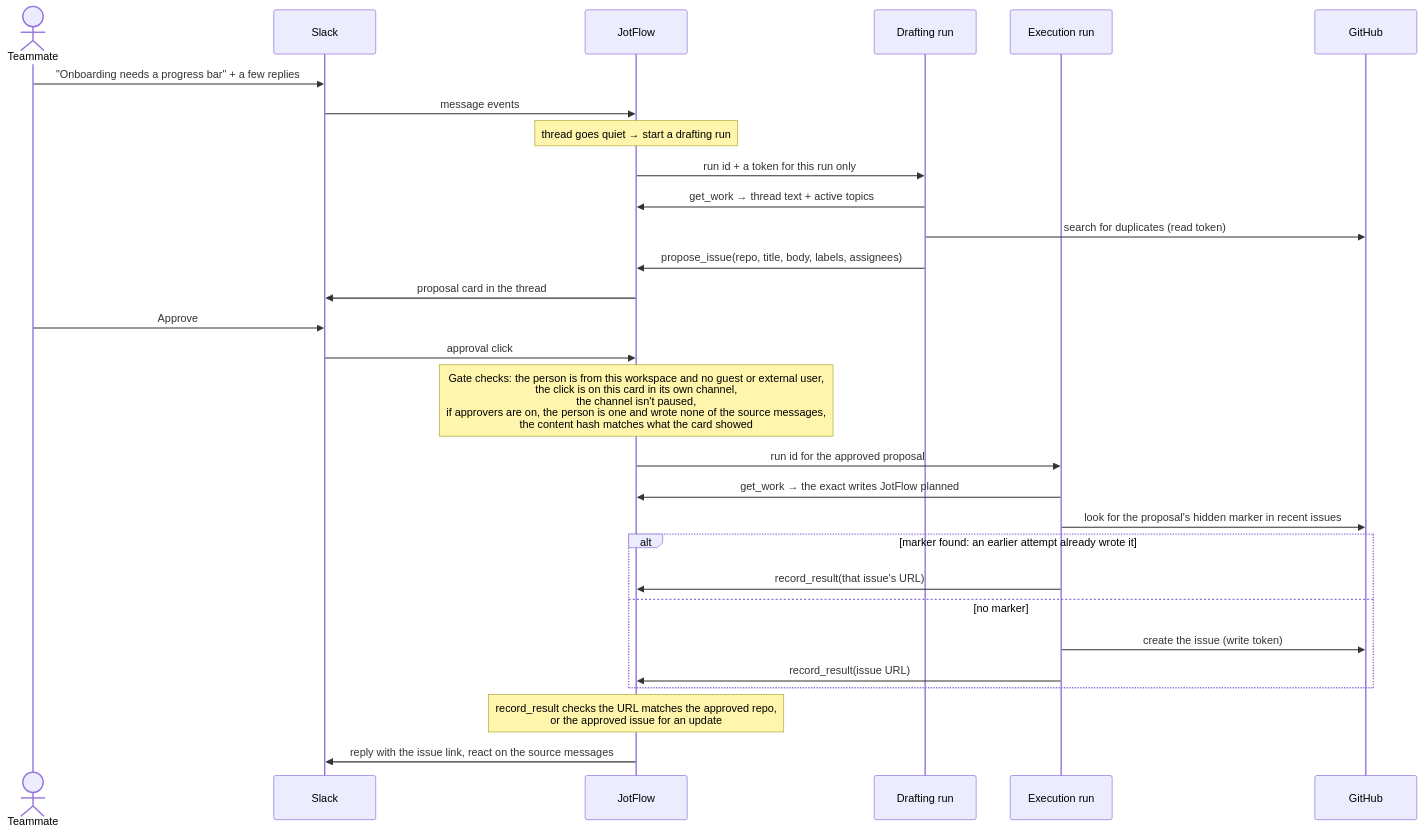
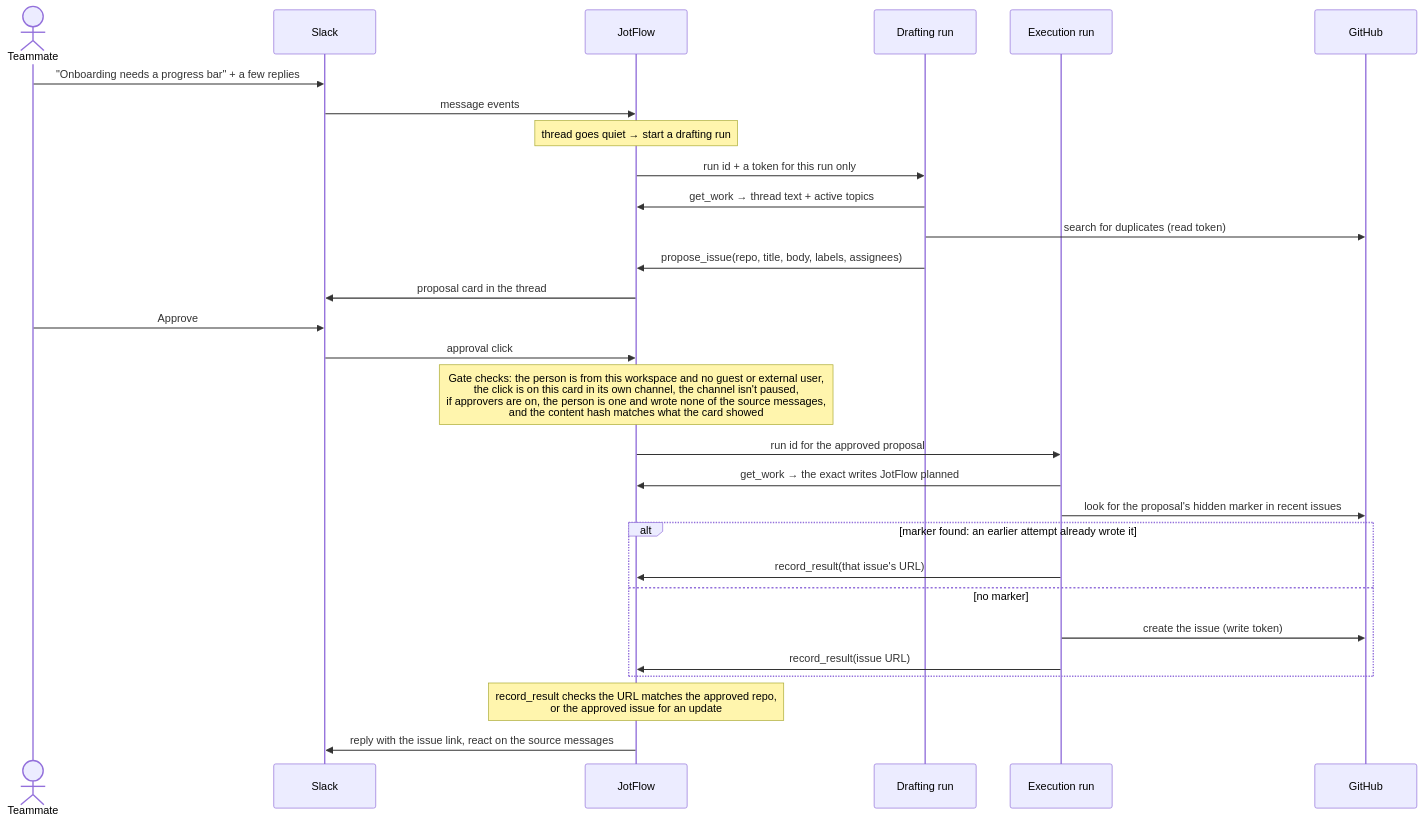
Before and after one commit to Jnkman787/jotflow: the second of 2 diagrams in README.md, drawn with Mermaid.

Commit message:
docs(readme): the gate Note's line breaks as the lead worded them

````diff
--- a/README.md
+++ b/README.md
@@ -72,32 +72,32 @@
 ```mermaid
 sequenceDiagram
     actor T as Teammate
     participant S as Slack
     participant U as JotFlow
     participant D as Drafting run
     participant E as Execution run
     participant G as GitHub
 
     T->>S: "Onboarding needs a progress bar" + a few replies
     S->>U: message events
     Note over U: thread goes quiet → start a drafting run
     U->>D: run id + a token for this run only
     D->>U: get_work → thread text + active topics
     D->>G: search for duplicates (read token)
     D->>U: propose_issue(repo, title, body, labels, assignees)
     U->>S: proposal card in the thread
     T->>S: Approve
     S->>U: approval click
-    Note over U: Gate checks: the person is from this workspace and no guest or external user,<br/>the click is on this card in its own channel,<br/>the channel isn't paused,<br/>if approvers are on, the person is one and wrote none of the source messages,<br/>the content hash matches what the card showed
+    Note over U: Gate checks: the person is from this workspace and no guest or external user,<br/>the click is on this card in its own channel, the channel isn't paused,<br/>if approvers are on, the person is one and wrote none of the source messages,<br/>and the content hash matches what the card showed
     U->>E: run id for the approved proposal
     E->>U: get_work → the exact writes JotFlow planned
     E->>G: look for the proposal's hidden marker in recent issues
     alt marker found: an earlier attempt already wrote it
         E->>U: record_result(that issue's URL)
     else no marker
         E->>G: create the issue (write token)
         E->>U: record_result(issue URL)
     end
     Note over U: record_result checks the URL matches the approved repo,<br/>or the approved issue for an update
     U->>S: reply with the issue link, react on the source messages
 ```
````
